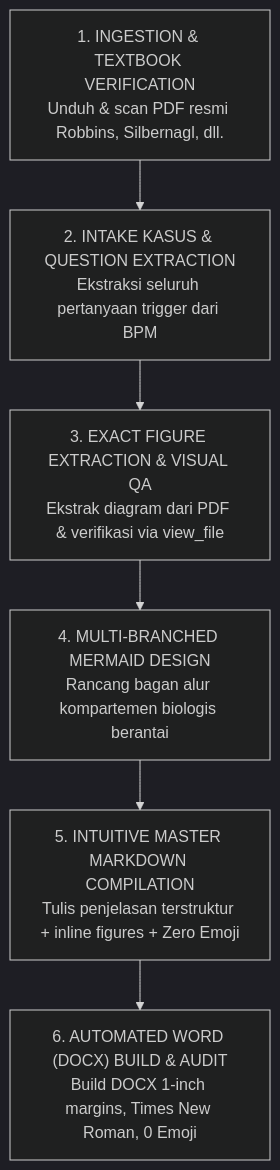
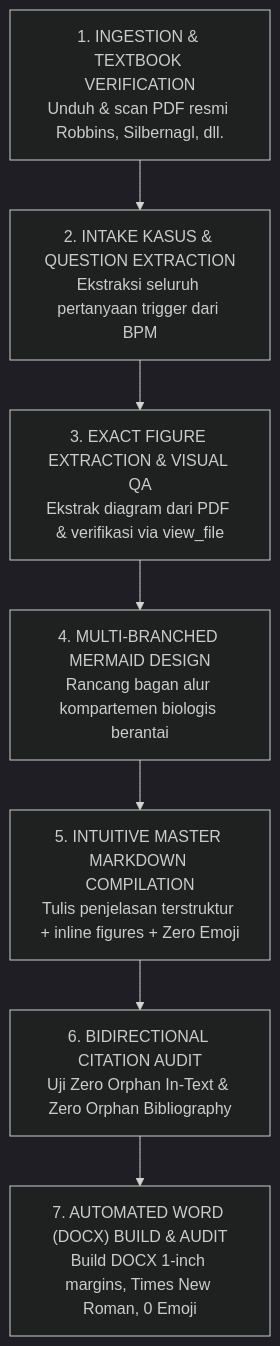
Before and after one commit to alchemist4real/logbook-3-1-skill: the diagram in skills/logbook-3-1/SKILL.md, drawn with Mermaid (dark theme). The commit also changed other lines of this file and 1 other file, not shown here.

Commit message:
feat: Add Guardrail 4 for Zero Orphan Citations and Bidirectional Bibliography Synchronization

````diff
--- a/skills/logbook-3-1/SKILL.md
+++ b/skills/logbook-3-1/SKILL.md
@@ -77,8 +84,9 @@
 ```mermaid
 flowchart TD
     A["1. INGESTION & TEXTBOOK VERIFICATION<br>Unduh & scan PDF resmi Robbins, Silbernagl, dll."] --> B["2. INTAKE KASUS & QUESTION EXTRACTION<br>Ekstraksi seluruh pertanyaan trigger dari BPM"]
     B --> C["3. EXACT FIGURE EXTRACTION & VISUAL QA<br>Ekstrak diagram dari PDF & verifikasi via view_file"]
     C --> D["4. MULTI-BRANCHED MERMAID DESIGN<br>Rancang bagan alur kompartemen biologis berantai"]
     D --> E["5. INTUITIVE MASTER MARKDOWN COMPILATION<br>Tulis penjelasan terstruktur + inline figures + Zero Emoji"]
-    E --> F["6. AUTOMATED WORD (DOCX) BUILD & AUDIT<br>Build DOCX 1-inch margins, Times New Roman, 0 Emoji"]
+    E --> F["6. BIDIRECTIONAL CITATION AUDIT<br>Uji Zero Orphan In-Text & Zero Orphan Bibliography"]
+    F --> G["7. AUTOMATED WORD (DOCX) BUILD & AUDIT<br>Build DOCX 1-inch margins, Times New Roman, 0 Emoji"]
 ```
````
